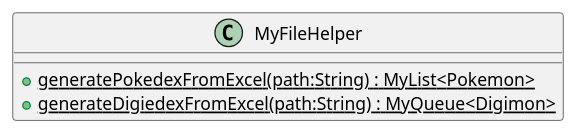
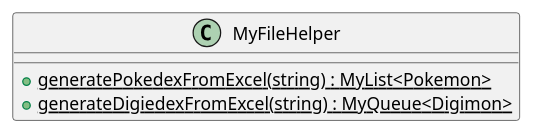
Before and after one commit to MichaelBehringer/Programmentwurf: the diagram in generatedPuml/MyFileHelper.puml, drawn with PlantUML. The commit also changed 11 other files, not shown here.

```diff
--- a/generatedPuml/MyFileHelper.puml
+++ b/generatedPuml/MyFileHelper.puml
@@ -1,6 +1,6 @@
 @startuml
 class MyFileHelper {
-    + {static} generatePokedexFromExcel(path:String) : MyList<Pokemon>
-    + {static} generateDigiedexFromExcel(path:String) : MyQueue<Digimon>
+    + {static} generatePokedexFromExcel(string) : MyList<Pokemon>
+    + {static} generateDigiedexFromExcel(string) : MyQueue<Digimon>
 }
 @enduml
```
